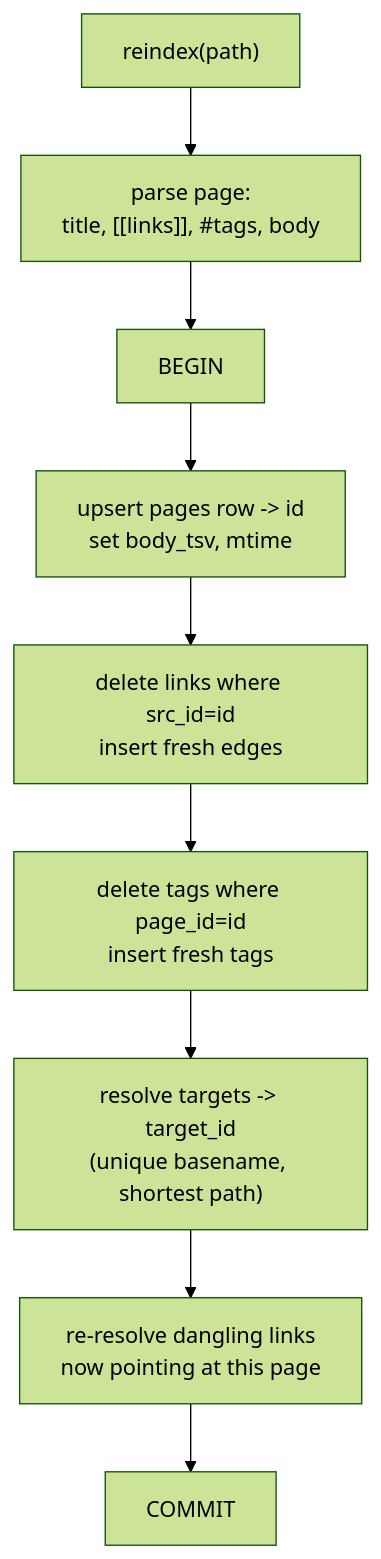
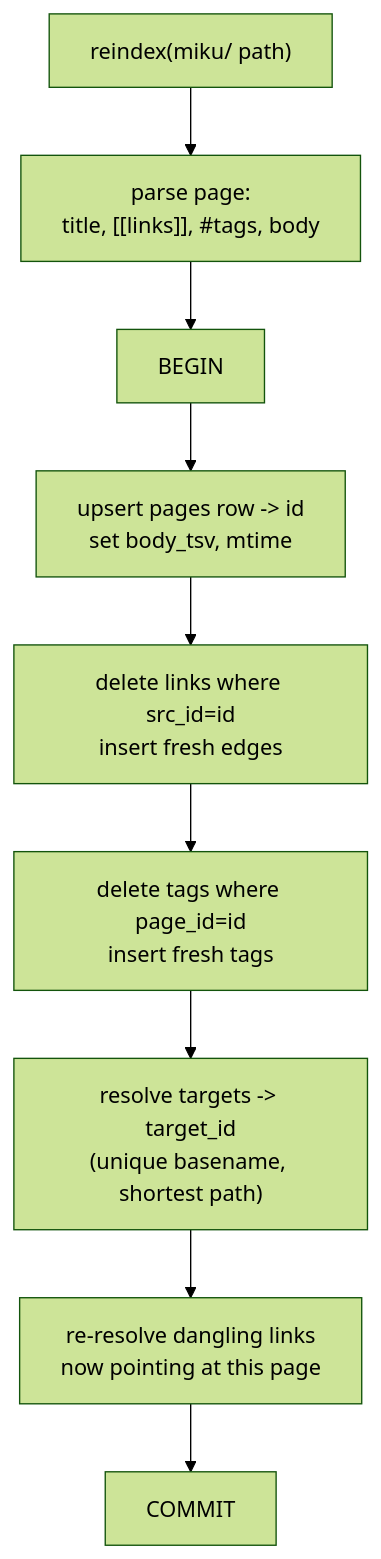
The fourth of 7 diagrams in docs/dataflow.md (azusachino/sedum), drawn with Mermaid (forest theme) before and after one commit. The commit also changed other lines of this file and 27 other files, not shown here.

````diff
--- a/docs/dataflow.md
+++ b/docs/dataflow.md
@@ -84,11 +84,11 @@
 ```mermaid
 flowchart TD
-  S["reindex(path)"] --> P["parse page:<br/>title, [[links]], #tags, body"]
+  S["reindex(miku/ path)"] --> P["parse page:<br/>title, [[links]], #tags, body"]
   P --> BEGIN["BEGIN"]
   BEGIN --> U["upsert pages row -> id<br/>set body_tsv, mtime"]
   U --> DL["delete links where src_id=id<br/>insert fresh edges"]
   DL --> DT["delete tags where page_id=id<br/>insert fresh tags"]
   DT --> RES["resolve targets -> target_id<br/>(unique basename, shortest path)"]
   RES --> DAN["re-resolve dangling links<br/>now pointing at this page"]
   DAN --> COMMIT["COMMIT"]
 ```
````
